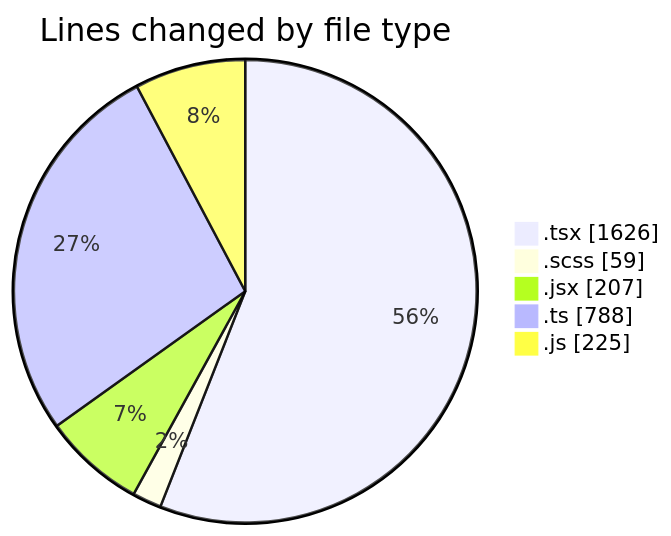
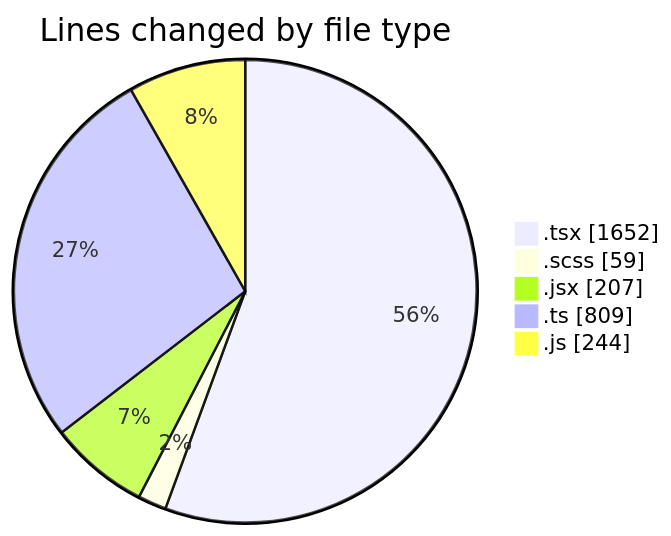
The first of 2 diagrams in 2026-07-23/cda/README.md (momahboobian/code-tracking), drawn with Mermaid before and after one commit. The commit also changed other lines of this file and 1 other file, not shown here.

````diff
--- a/2026-07-23/cda/README.md
+++ b/2026-07-23/cda/README.md
@@ -34,9 +34,9 @@
 ```mermaid
 pie showData
 title Lines changed by file type
-".tsx" : 1626
+".tsx" : 1652
 ".scss" : 59
 ".jsx" : 207
-".ts" : 788
-".js" : 225
+".ts" : 809
+".js" : 244
 ```
````
